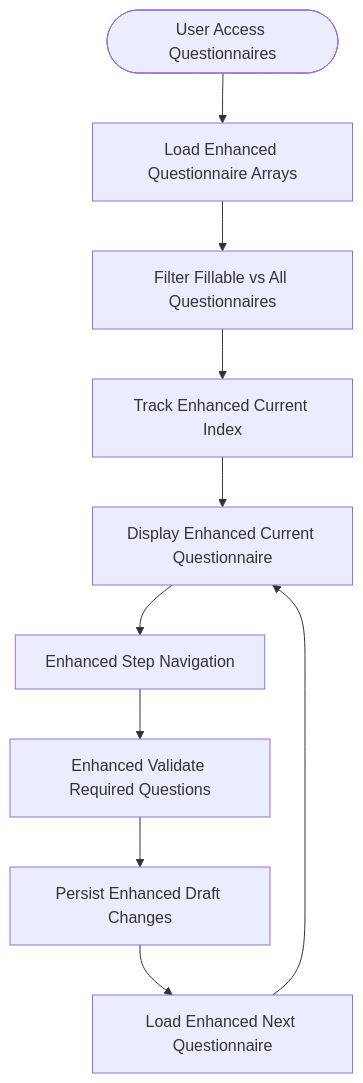
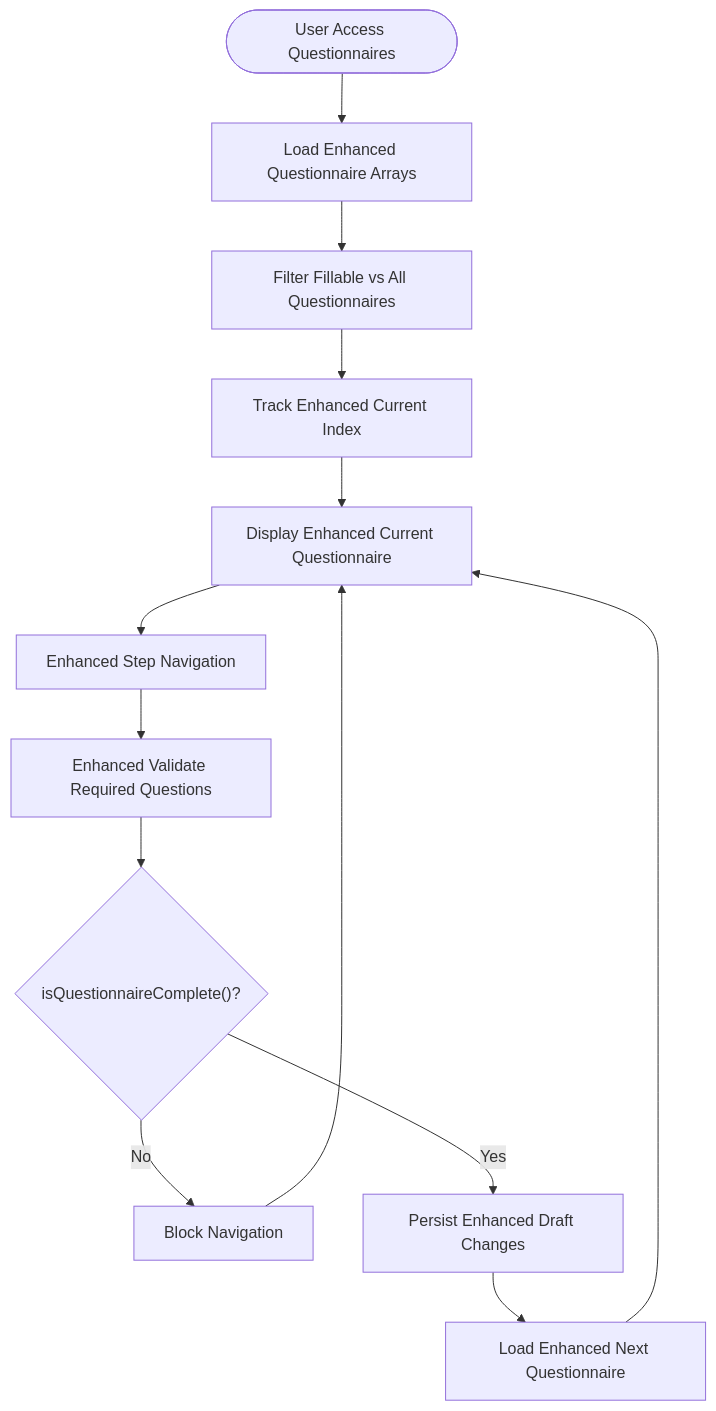
The third of 9 diagrams in .qoder/repowiki/en/content/Core Features/Evaluation Workflows/Questionnaire Filling Interface.md (rudicatsmile/assesment360), drawn with Mermaid before and after one commit. The commit also changed other lines of this file and 5 other files, not shown here.

````diff
--- a/.qoder/repowiki/en/content/Core Features/Evaluation Workflows/Questionnaire Filling Interface.md
+++ b/.qoder/repowiki/en/content/Core Features/Evaluation Workflows/Questionnaire Filling Interface.md
@@ -234,12 +235,15 @@
 ```mermaid
 flowchart TD
 Start(["User Access Questionnaires"]) --> Load["Load Enhanced Questionnaire Arrays"]
 Load --> Filter["Filter Fillable vs All Questionnaires"]
 Filter --> Track["Track Enhanced Current Index"]
 Track --> Display["Display Enhanced Current Questionnaire"]
 Display --> Navigate["Enhanced Step Navigation"]
 Navigate --> Validate["Enhanced Validate Required Questions"]
-Validate --> Autosave["Persist Enhanced Draft Changes"]
+Validate --> CheckComplete{"isQuestionnaireComplete()?"}
+CheckComplete --> |No| Block["Block Navigation"]
+CheckComplete --> |Yes| Autosave["Persist Enhanced Draft Changes"]
 Autosave --> Next["Load Enhanced Next Questionnaire"]
 Next --> Display
+Block --> Display
 ```
````
